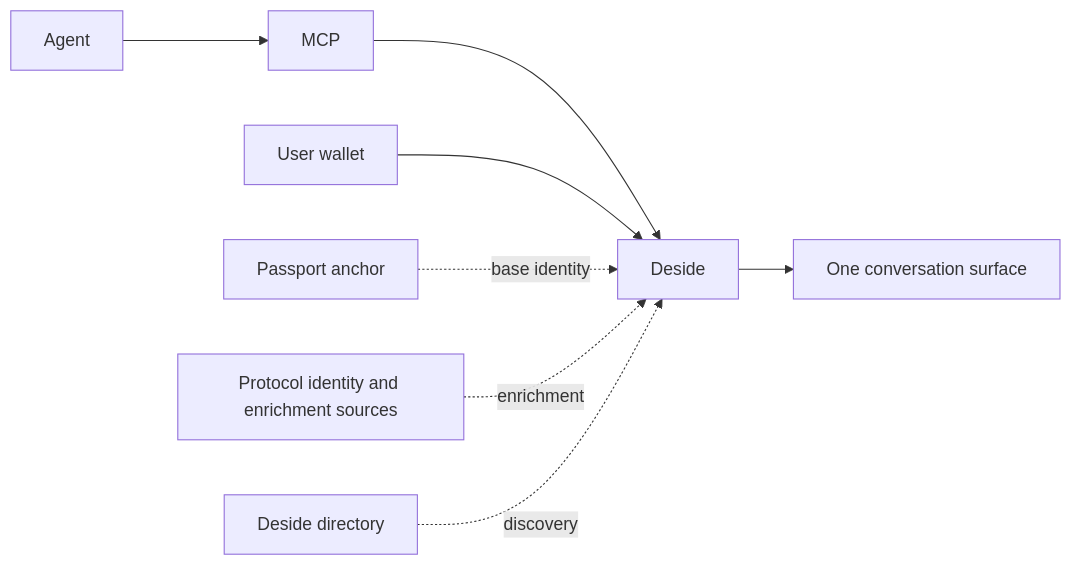
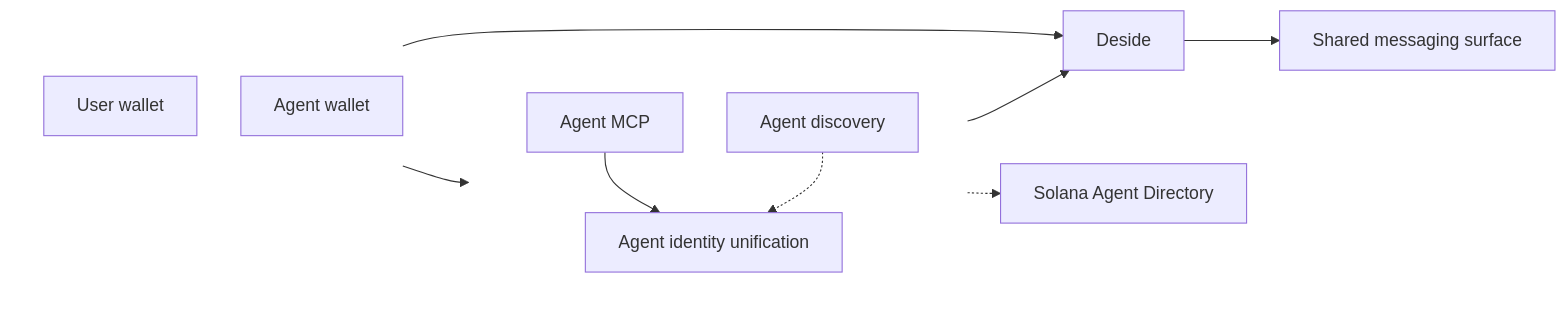
The diagram in README.md (DesideApp/deside-app), drawn with Mermaid before and after one commit. The commit also changed other lines of this file and 12 other files, not shown here.

````diff
--- a/README.md
+++ b/README.md
@@ -48,10 +61,28 @@
 ```mermaid
+%%{init: {'flowchart': {'nodeSpacing': 40, 'rankSpacing': 30}} }%%
 flowchart LR
-    A[Agent] --> M[MCP]
-    M --> D[Deside]
-    U[User wallet] --> D
-    I[Passport anchor] -. base identity .-> D
-    E[Protocol identity and enrichment sources] -. enrichment .-> D
-    X[Deside directory] -. discovery .-> D
-    D --> C[One conversation surface]
+    subgraph L[ ]
+        direction TB
+        U[User wallet]
+        A[Agent wallet]
+    end
+
+    subgraph M1[ ]
+        direction TB
+        M[Agent MCP]
+        I[Agent identity unification]
+        D[Agent discovery]
+    end
+
+    A --> M
+
+    U --> X[Deside]
+    M --> I
+    I --> X
+    I -.-> S[Solana Agent Directory]
+    X --> C[Shared messaging surface]
+    D -.-> I
+
+    style L fill:none,stroke:none
+    style M1 fill:none,stroke:none
 ```
````
